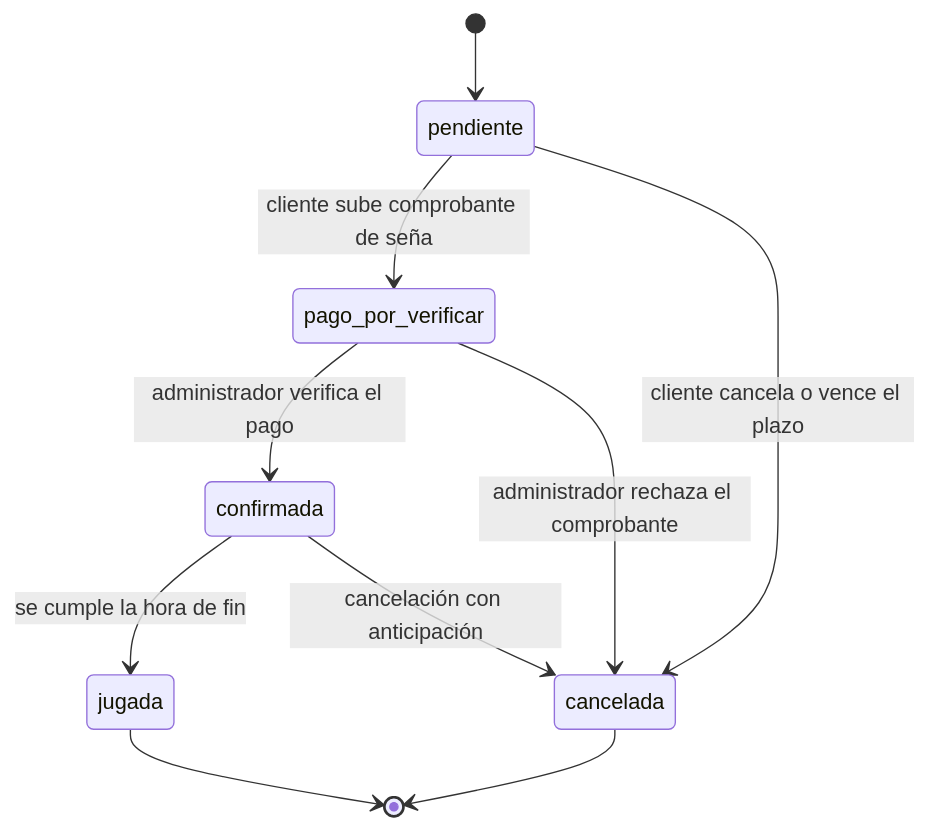
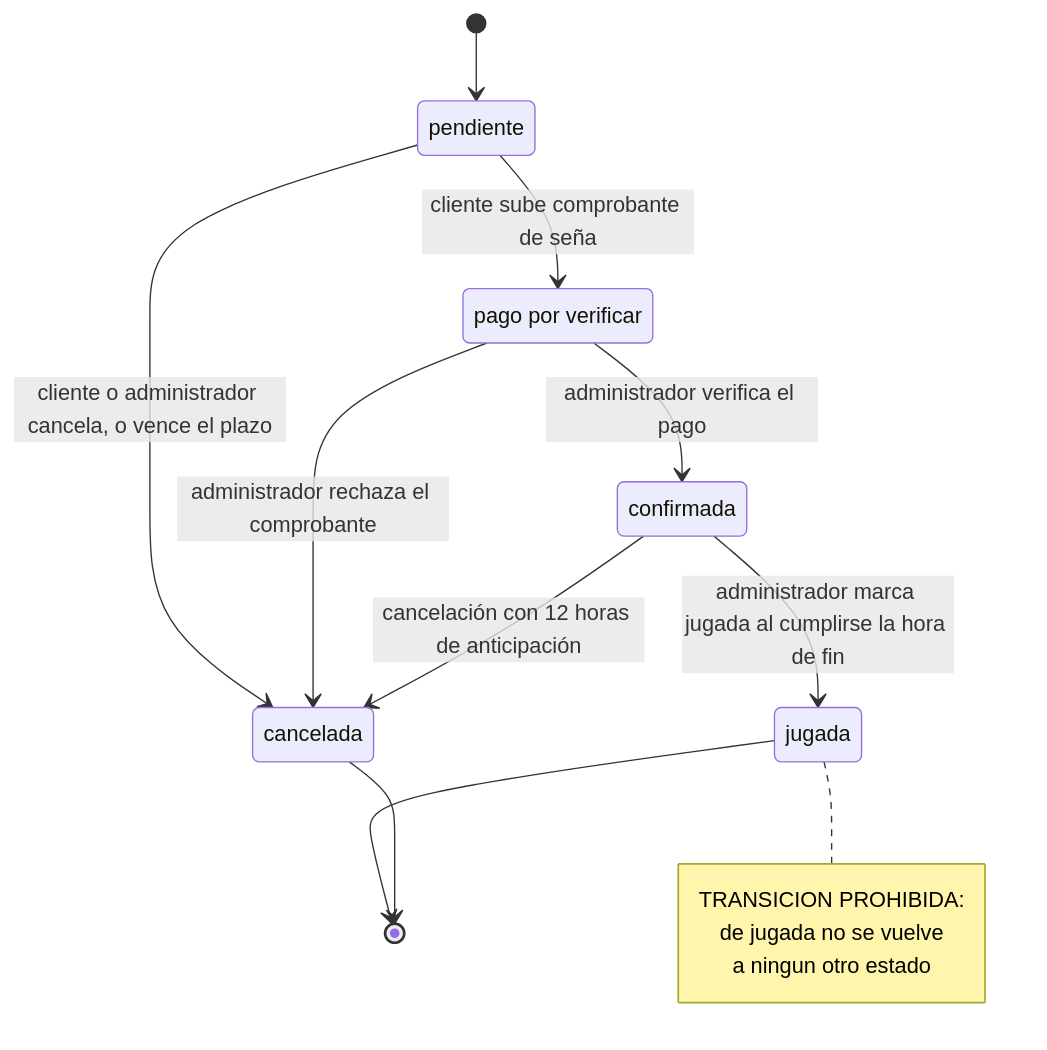
The second of 2 diagrams in docs/hito1_ficha_del_negocio.md (Pibex17/GO-ARQUITECTURA), drawn with Mermaid before and after one commit. The commit also changed other lines of this file, not shown here.

````diff
--- a/docs/hito1_ficha_del_negocio.md
+++ b/docs/hito1_ficha_del_negocio.md
@@ -305,12 +401,20 @@
 ```mermaid
 stateDiagram-v2
+    state "pago por verificar" as pago_por_verificar
+
     [*] --> pendiente
     pendiente --> pago_por_verificar: cliente sube comprobante de seña
-    pendiente --> cancelada: cliente cancela o vence el plazo
+    pendiente --> cancelada: cliente o administrador cancela, o vence el plazo
     pago_por_verificar --> confirmada: administrador verifica el pago
     pago_por_verificar --> cancelada: administrador rechaza el comprobante
-    confirmada --> jugada: se cumple la hora de fin
-    confirmada --> cancelada: cancelación con anticipación
+    confirmada --> jugada: administrador marca jugada al cumplirse la hora de fin
+    confirmada --> cancelada: cancelación con 12 horas de anticipación
     jugada --> [*]
     cancelada --> [*]
+
+    note right of jugada
+        TRANSICION PROHIBIDA:
+        de jugada no se vuelve
+        a ningun otro estado
+    end note
 ```
````
